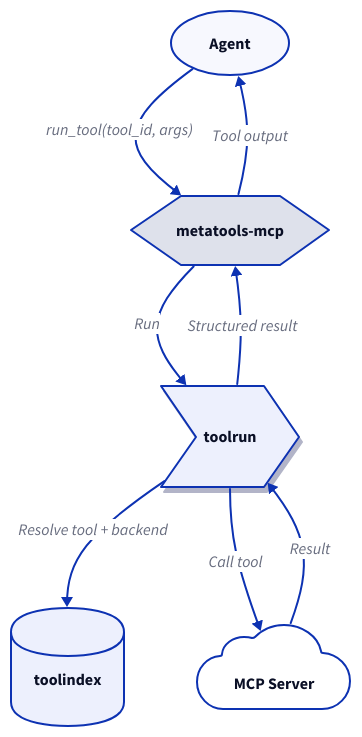
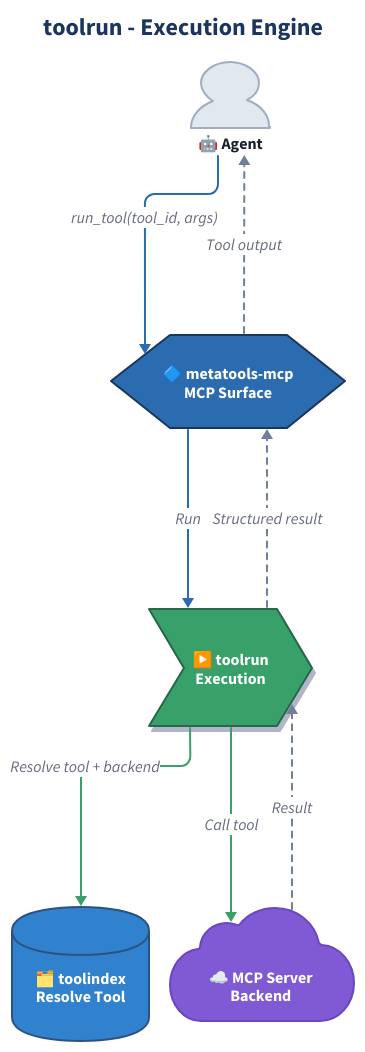
Before and after one commit to jonwraymond/toolrun: the diagram in docs/diagrams/user-journey.d2, drawn with D2. The commit also changed 3 other files, not shown here.

Commit message:
docs(toolrun): refresh diagrams

```diff
--- a/docs/diagrams/user-journey.d2
+++ b/docs/diagrams/user-journey.d2
@@ -1,26 +1,147 @@
+# toolrun User Journey
+# Tool execution with backend dispatch
+
 direction: down
 
-style: { font-size: 14 }
-
-agent: "Agent" { shape: oval }
-
-metatools: "metatools-mcp" {
-  shape: hexagon
+vars: {
+  d2-config: {
+    layout-engine: elk
+    theme-id: 0
+  }
+  execution-fill: "#38a169"
+  discovery-fill: "#3182ce"
+  surface-fill: "#2b6cb0"
+  backend-fill: "#805ad5"
+  actor-fill: "#e2e8f0"
 }
 
-index: "toolindex" { shape: cylinder }
-
-runner: "toolrun" {
-  shape: step
-  style: { shadow: true }
+classes: {
+  actor: {
+    style: {
+      fill: ${actor-fill}
+      stroke: "#a0aec0"
+      stroke-width: 2
+      font-color: "#1a202c"
+      bold: true
+    }
+  }
+  execution: {
+    style: {
+      fill: ${execution-fill}
+      stroke: "#276749"
+      stroke-width: 2
+      font-color: "#fff"
+      shadow: true
+    }
+  }
+  discovery: {
+    style: {
+      fill: ${discovery-fill}
+      stroke: "#2c5282"
+      stroke-width: 2
+      font-color: "#fff"
+    }
+  }
+  surface: {
+    style: {
+      fill: ${surface-fill}
+      stroke: "#1a365d"
+      stroke-width: 2
+      font-color: "#fff"
+    }
+  }
+  backend: {
+    style: {
+      fill: ${backend-fill}
+      stroke: "#6b46c1"
+      stroke-width: 2
+      font-color: "#fff"
+    }
+  }
+  request-flow: {
+    style: {
+      stroke: ${surface-fill}
+      stroke-width: 2
+    }
+  }
+  exec-flow: {
+    style: {
+      stroke: ${execution-fill}
+      stroke-width: 2
+    }
+  }
+  result-flow: {
+    style: {
+      stroke: "#718096"
+      stroke-width: 2
+      stroke-dash: 3
+    }
+  }
 }
 
-backend: "MCP Server" { shape: cloud }
+# Title
+title: "toolrun - Execution Engine" {
+  shape: text
+  near: top-center
+  style: {
+    font-size: 24
+    bold: true
+    font-color: "#1a365d"
+  }
+}
 
-agent -> metatools: "run_tool(tool_id, args)"
-metatools -> runner: "Run"
-runner -> index: "Resolve tool + backend"
-runner -> backend: "Call tool"
-backend -> runner: "Result"
-runner -> metatools: "Structured result"
-metatools -> agent: "Tool output"
+# Actors
+agent: "🤖 Agent" {
+  shape: person
+  class: actor
+}
+
+# Components
+metatools: "🔷 metatools-mcp\nMCP Surface" {
+  shape: hexagon
+  class: surface
+}
+
+runner: "▶️ toolrun\nExecution" {
+  shape: step
+  class: execution
+}
+
+index: "🗂️ toolindex\nResolve Tool" {
+  shape: cylinder
+  class: discovery
+}
+
+backend: "☁️ MCP Server\nBackend" {
+  shape: cloud
+  class: backend
+}
+
+# Flow
+agent -> metatools: "run_tool(tool_id, args)" {
+  class: request-flow
+}
+
+metatools -> runner: "Run" {
+  class: request-flow
+}
+
+runner -> index: "Resolve tool + backend" {
+  class: exec-flow
+}
+
+runner -> backend: "Call tool" {
+  class: exec-flow
+}
+
+backend -> runner: "Result" {
+  class: result-flow
+}
+
+runner -> metatools: "Structured result" {
+  class: result-flow
+}
+
+metatools -> agent: "Tool output" {
+  class: result-flow
+}
```
